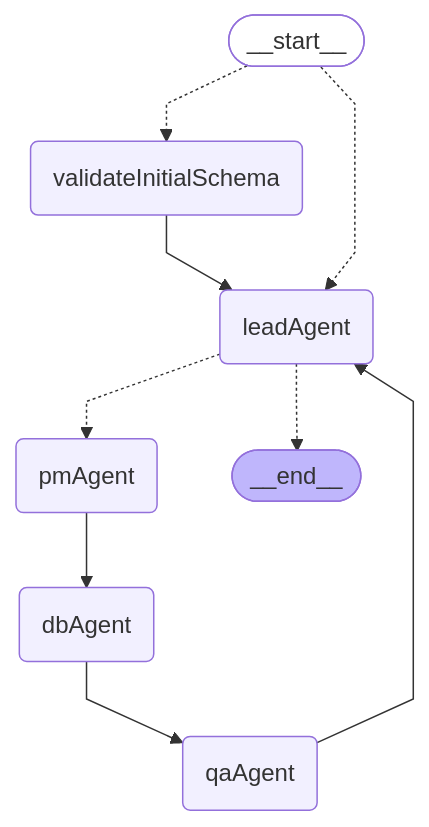
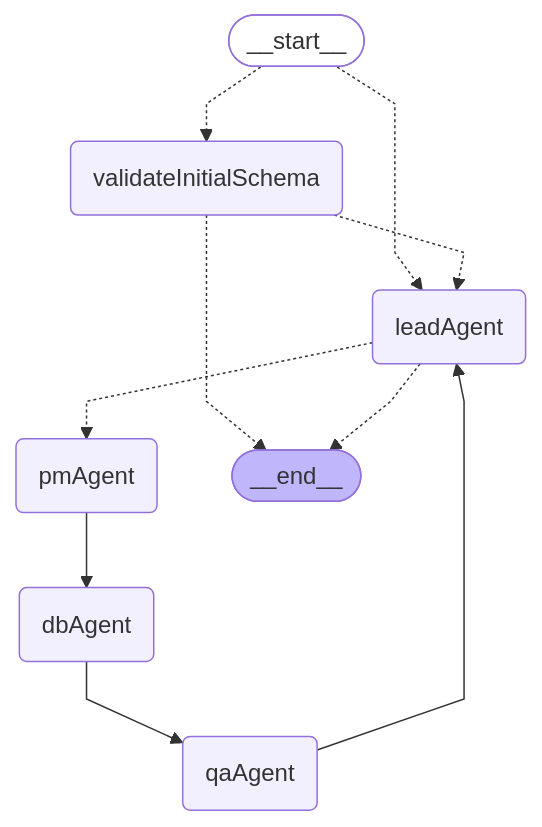
Before and after one commit to liam-hq/liam: the first of 5 diagrams in frontend/internal-packages/agent/README.md, drawn with Mermaid. The commit also changed 2 other files, not shown here.

Commit message:
🧪 Update tests for state-based validateInitialSchemaNode error handling
- Replace WorkflowTerminationError expectations with state-based assertions
- Update tests to use .invoke() method for RunnableLambda compatibility
- Add proper AIMessage validation with stringContaining matchers
- Update Mermaid diagrams to reflect new conditional edges
- Fix test descriptions to match current behavior

🤖 Generated with [Claude Code](https://claude.ai/code)

````diff
--- a/frontend/internal-packages/agent/README.md
+++ b/frontend/internal-packages/agent/README.md
@@ -7,22 +7,23 @@
 ```mermaid
 %%{init: {'flowchart': {'curve': 'linear'}}}%%
 graph TD;
 	__start__([<p>__start__</p>]):::first
 	validateInitialSchema(validateInitialSchema)
 	leadAgent(leadAgent)
 	pmAgent(pmAgent)
 	dbAgent(dbAgent)
 	qaAgent(qaAgent)
 	__end__([<p>__end__</p>]):::last
 	dbAgent --> qaAgent;
 	pmAgent --> dbAgent;
 	qaAgent --> leadAgent;
-	validateInitialSchema --> leadAgent;
 	__start__ -.-> validateInitialSchema;
 	__start__ -.-> leadAgent;
+	validateInitialSchema -.-> leadAgent;
+	validateInitialSchema -.-> __end__;
 	leadAgent -.-> pmAgent;
 	leadAgent -.-> __end__;
 	classDef default fill:#f2f0ff,line-height:1.2;
 	classDef first fill-opacity:0;
 	classDef last fill:#bfb6fc;
 ```
````
